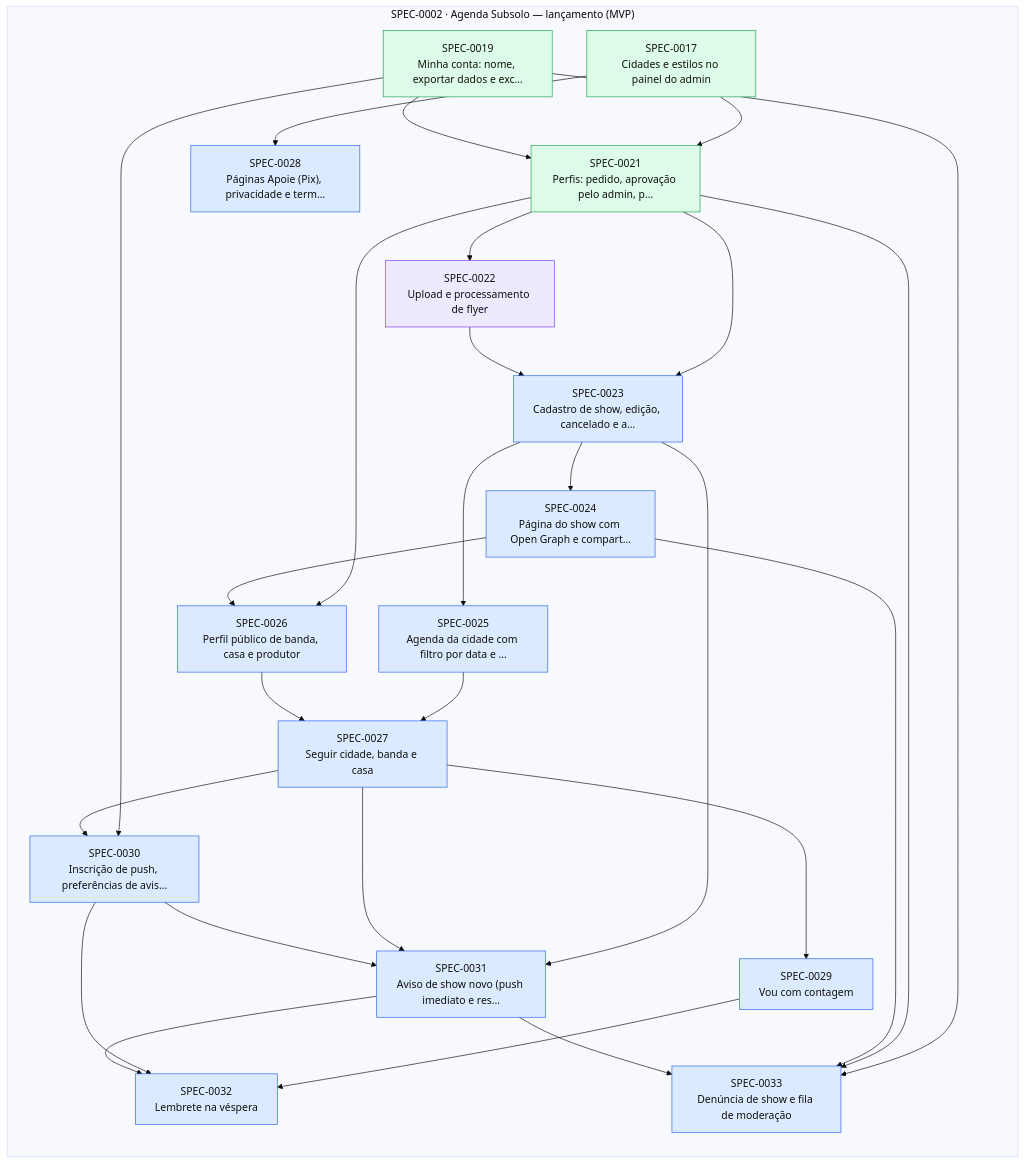
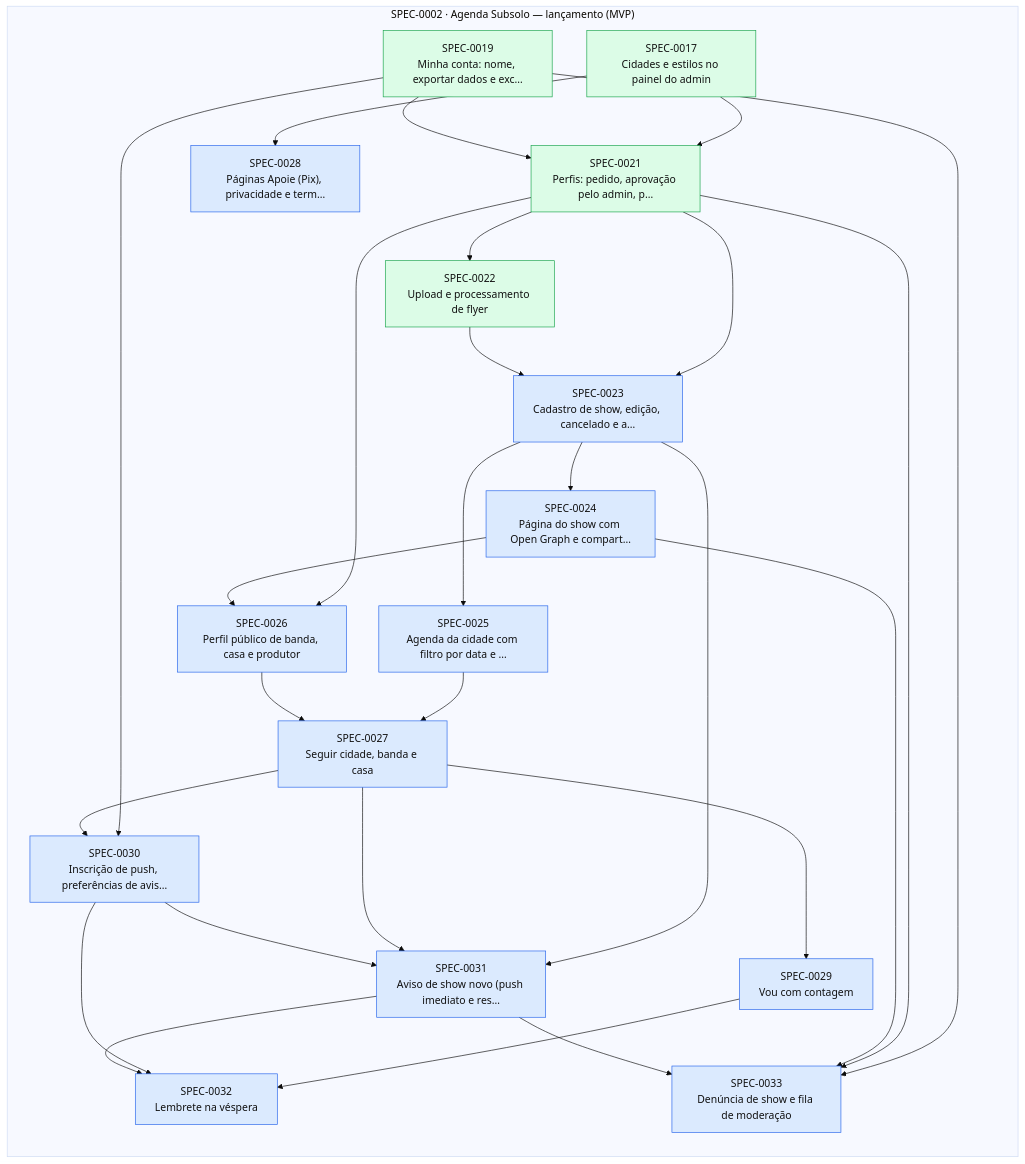
Before and after one commit to thomasravache/subsolo: the diagram in docs/specs/INDEX.md, drawn with Mermaid (base theme). The commit also changed other lines of this file and 3 other files, not shown here.

````diff
--- a/docs/specs/INDEX.md
+++ b/docs/specs/INDEX.md
@@ -77,50 +76,50 @@
 ```mermaid
 flowchart LR
   subgraph E0002["SPEC-0002 · Agenda Subsolo — lançamento (MVP)"]
     S0017["SPEC-0017<br/>Cidades e estilos no painel do admin"]:::implemented
     S0019["SPEC-0019<br/>Minha conta: nome, exportar dados e exc…"]:::implemented
     S0021["SPEC-0021<br/>Perfis: pedido, aprovação pelo admin, p…"]:::implemented
-    S0022["SPEC-0022<br/>Upload e processamento de flyer"]:::inprogress
+    S0022["SPEC-0022<br/>Upload e processamento de flyer"]:::implemented
     S0023["SPEC-0023<br/>Cadastro de show, edição, cancelado e a…"]:::approved
     S0024["SPEC-0024<br/>Página do show com Open Graph e compart…"]:::approved
     S0025["SPEC-0025<br/>Agenda da cidade com filtro por data e …"]:::approved
     S0026["SPEC-0026<br/>Perfil público de banda, casa e produtor"]:::approved
     S0027["SPEC-0027<br/>Seguir cidade, banda e casa"]:::approved
     S0028["SPEC-0028<br/>Páginas Apoie (Pix), privacidade e term…"]:::approved
     S0029["SPEC-0029<br/>Vou com contagem"]:::approved
     S0030["SPEC-0030<br/>Inscrição de push, preferências de avis…"]:::approved
     S0031["SPEC-0031<br/>Aviso de show novo (push imediato e res…"]:::approved
     S0032["SPEC-0032<br/>Lembrete na véspera"]:::approved
     S0033["SPEC-0033<br/>Denúncia de show e fila de moderação"]:::approved
   end
   S0017 --> S0021
   S0019 --> S0021
   S0021 --> S0022
   S0021 --> S0023
   S0022 --> S0023
   S0023 --> S0024
   S0023 --> S0025
   S0021 --> S0026
   S0024 --> S0026
   S0025 --> S0027
   S0026 --> S0027
   S0017 --> S0028
   S0027 --> S0029
   S0019 --> S0030
   S0027 --> S0030
   S0023 --> S0031
   S0027 --> S0031
   S0030 --> S0031
   S0029 --> S0032
   S0030 --> S0032
   S0031 --> S0032
   S0019 --> S0033
   S0021 --> S0033
   S0024 --> S0033
   S0031 --> S0033
   classDef proposed fill:#fef3c7,stroke:#d97706,color:#111
   classDef approved fill:#dbeafe,stroke:#2563eb,color:#111
   classDef inprogress fill:#ede9fe,stroke:#7c3aed,color:#111
   classDef implemented fill:#dcfce7,stroke:#16a34a,color:#111
   classDef deprecated fill:#f3f4f6,stroke:#9ca3af,color:#6b7280
 ```
````
